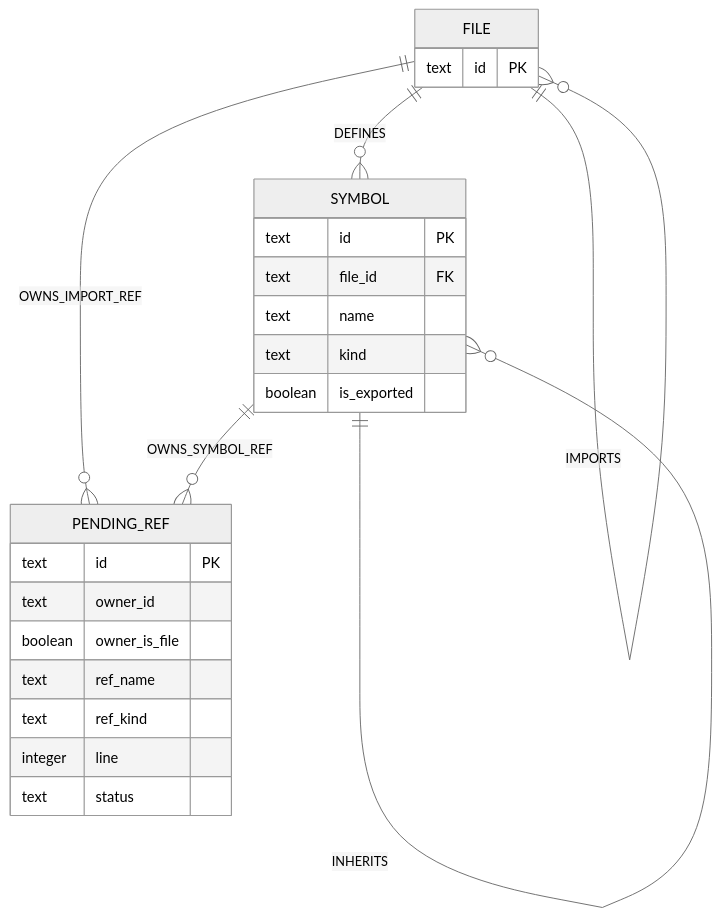
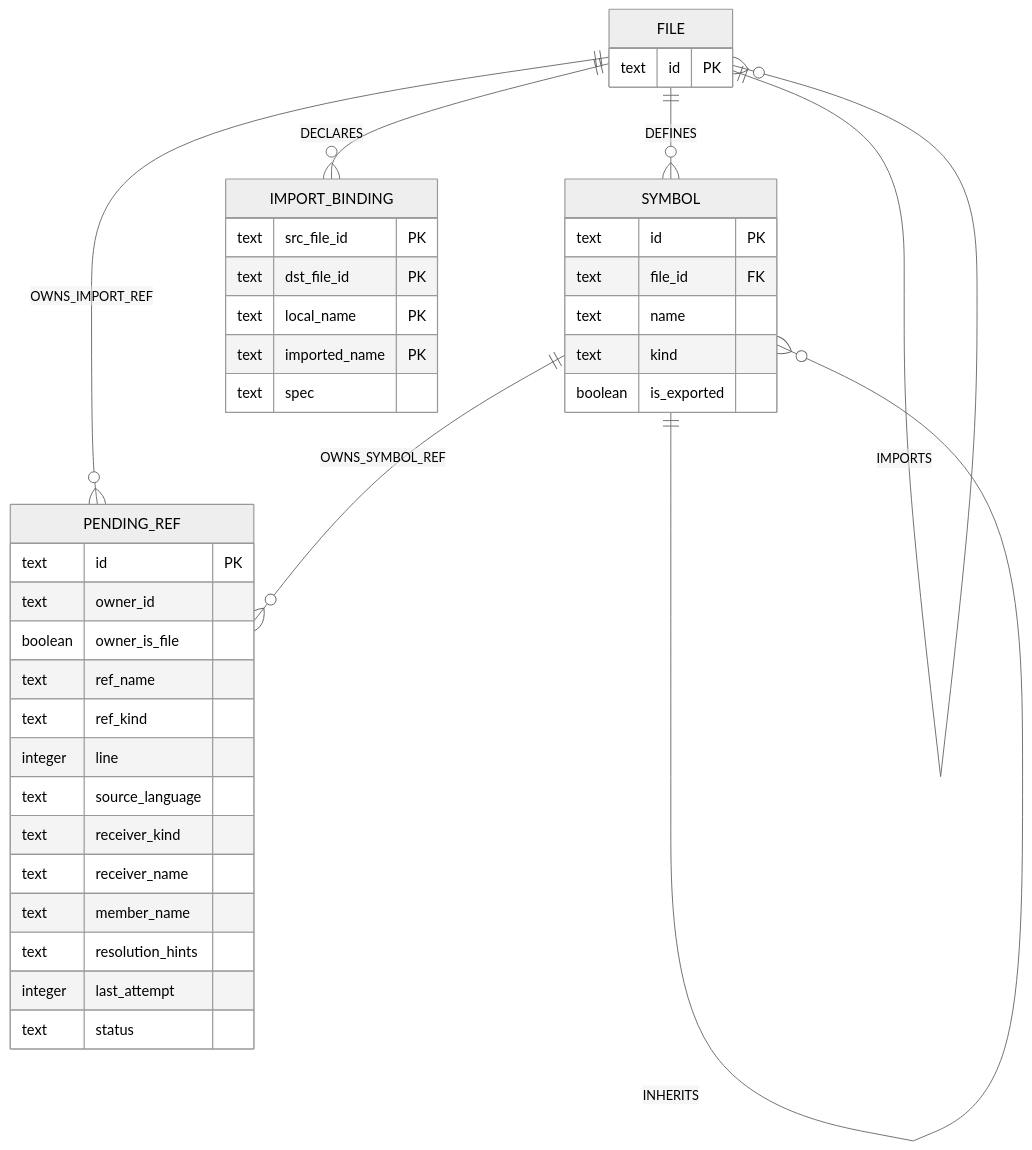
One commit to liulx20/zvec-grep changed the diagram in docs/09-graph.md. Above: the diagram before and after it, drawn with Mermaid (neutral theme). The commit also changed other lines of this file and 22 other files, not shown here.

Commit message:
feat: model dynamic graph dispatch

````diff
--- a/docs/09-graph.md
+++ b/docs/09-graph.md
@@ -99,31 +99,45 @@
 ```mermaid
 erDiagram
   FILE ||--o{ SYMBOL : DEFINES
   SYMBOL ||--o{ SYMBOL : CONTAINS
   SYMBOL ||--o{ SYMBOL : CALLS
   SYMBOL ||--o{ SYMBOL : REFS
   SYMBOL ||--o{ SYMBOL : INHERITS
   FILE ||--o{ FILE : IMPORTS
+  FILE ||--o{ IMPORT_BINDING : DECLARES
   FILE ||--o{ PENDING_REF : OWNS_IMPORT_REF
   SYMBOL ||--o{ PENDING_REF : OWNS_SYMBOL_REF
 
   FILE {
     text id PK
   }
   SYMBOL {
     text id PK
     text file_id FK
     text name
     text kind
     boolean is_exported
   }
   PENDING_REF {
     text id PK
     text owner_id
     boolean owner_is_file
     text ref_name
     text ref_kind
     integer line
+    text source_language
+    text receiver_kind
+    text receiver_name
+    text member_name
+    text resolution_hints
+    integer last_attempt
     text status
   }
+  IMPORT_BINDING {
+    text src_file_id PK
+    text dst_file_id PK
+    text local_name PK
+    text imported_name PK
+    text spec
+  }
 ```
````
